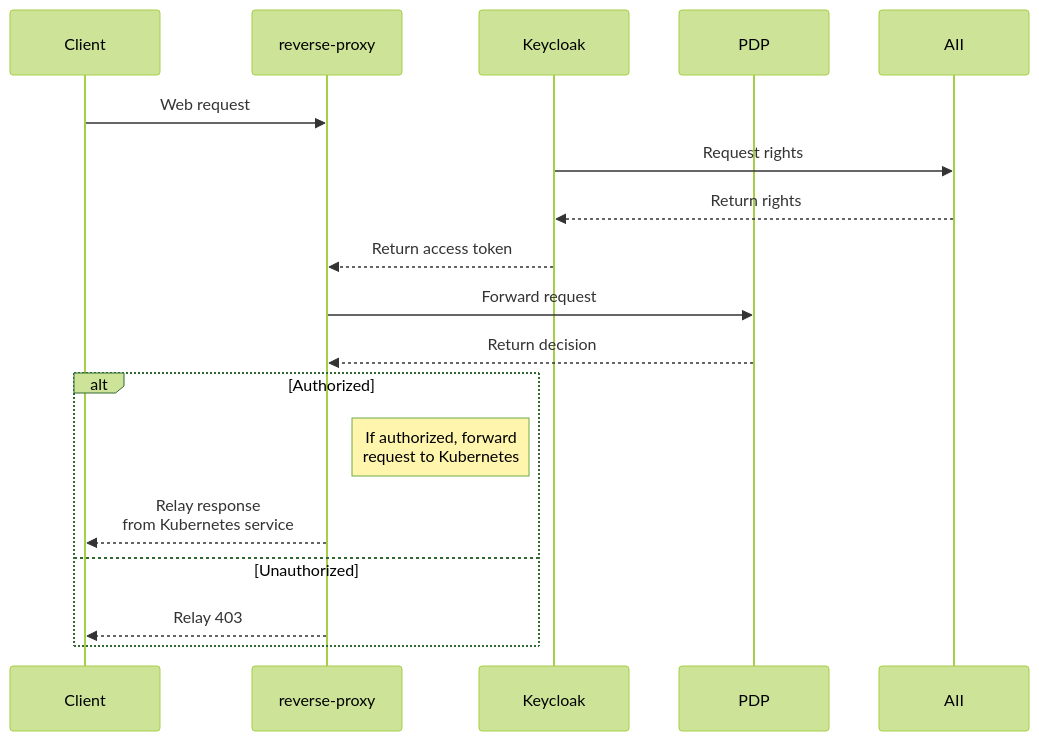
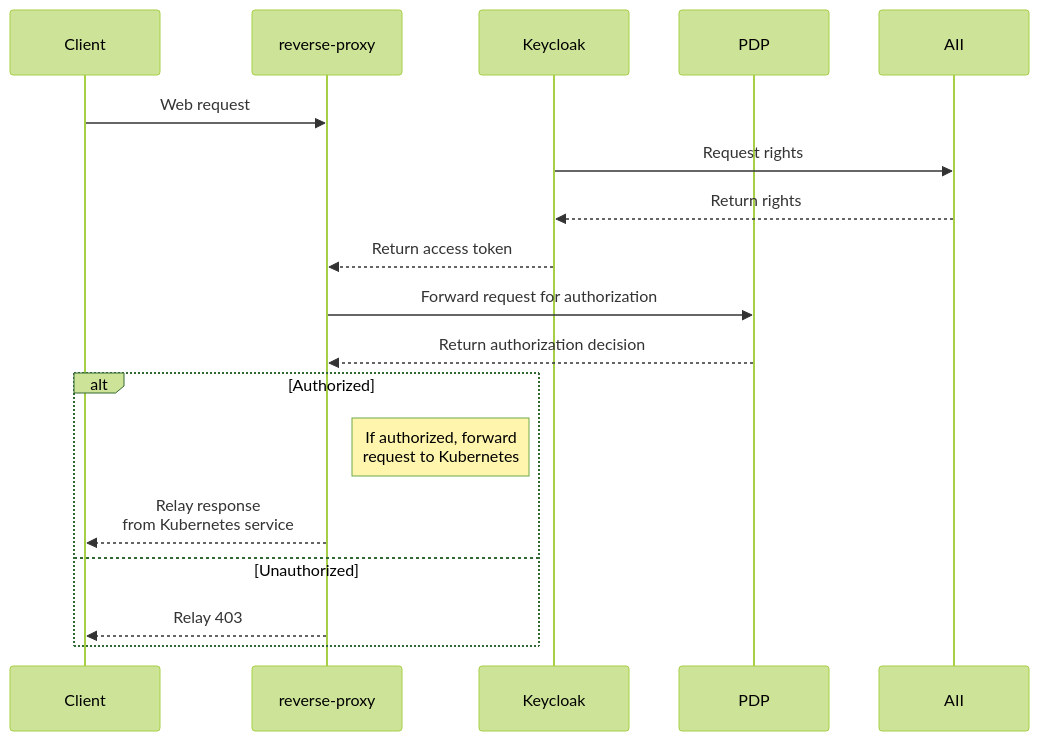
Before and after one commit to kaapana/kaapana: the diagram in docs/source/access_control_root.rst, drawn with Mermaid (forest theme). The commit also changed other lines of this file, not shown here.

```diff
--- a/docs/source/access_control_root.rst
+++ b/docs/source/access_control_root.rst
@@ -95,21 +99,21 @@
 .. mermaid::
     
     sequenceDiagram
         participant C as Client
         participant R as reverse-proxy
         participant K as Keycloak
         participant P as PDP
         participant I as AII
 
         C->>R: Web request
         K->>I: Request rights
         I-->>K: Return rights
         K-->>R: Return access token
-        R->>P: Forward request
-        P-->>R: Return decision
+        R->>P: Forward request for authorization
+        P-->>R: Return authorization decision
         alt Authorized
             Note right of R: If authorized, forward<br/> request to Kubernetes
             R-->>C: Relay response <br/> from Kubernetes service
         else Unauthorized
             R-->>C: Relay 403
         end
```
